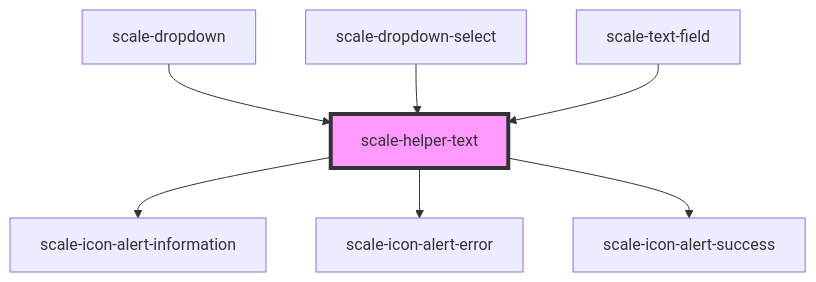
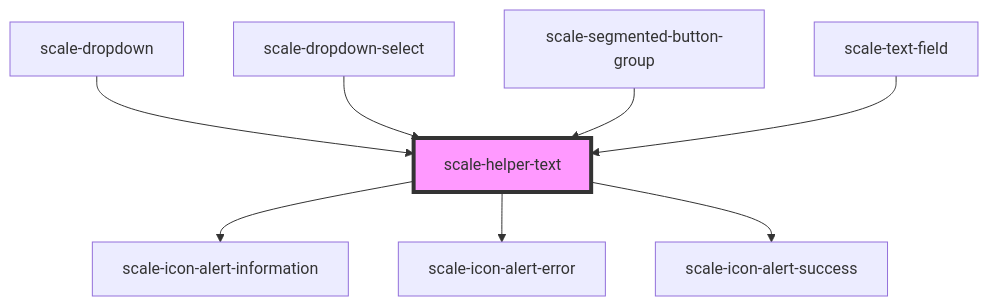
The diagram in packages/components/src/components/helper-text/readme.md (telekom/scale), drawn with Mermaid before and after one commit. The commit also changed other lines of this file and 2 other files, not shown here.

Commit message:
chore: run build

````diff
--- a/packages/components/src/components/helper-text/readme.md
+++ b/packages/components/src/components/helper-text/readme.md
@@ -48,10 +49,11 @@
 ```mermaid
 graph TD;
   scale-helper-text --> scale-icon-alert-information
   scale-helper-text --> scale-icon-alert-error
   scale-helper-text --> scale-icon-alert-success
   scale-dropdown --> scale-helper-text
   scale-dropdown-select --> scale-helper-text
+  scale-segmented-button-group --> scale-helper-text
   scale-text-field --> scale-helper-text
   style scale-helper-text fill:#f9f,stroke:#333,stroke-width:4px
 ```
````
